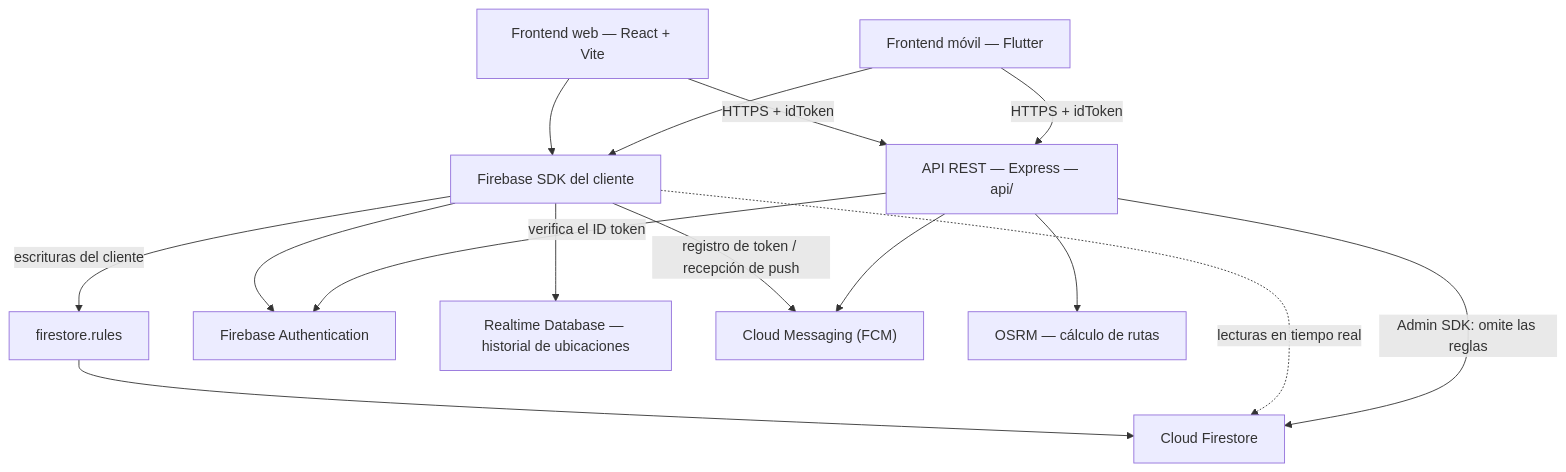
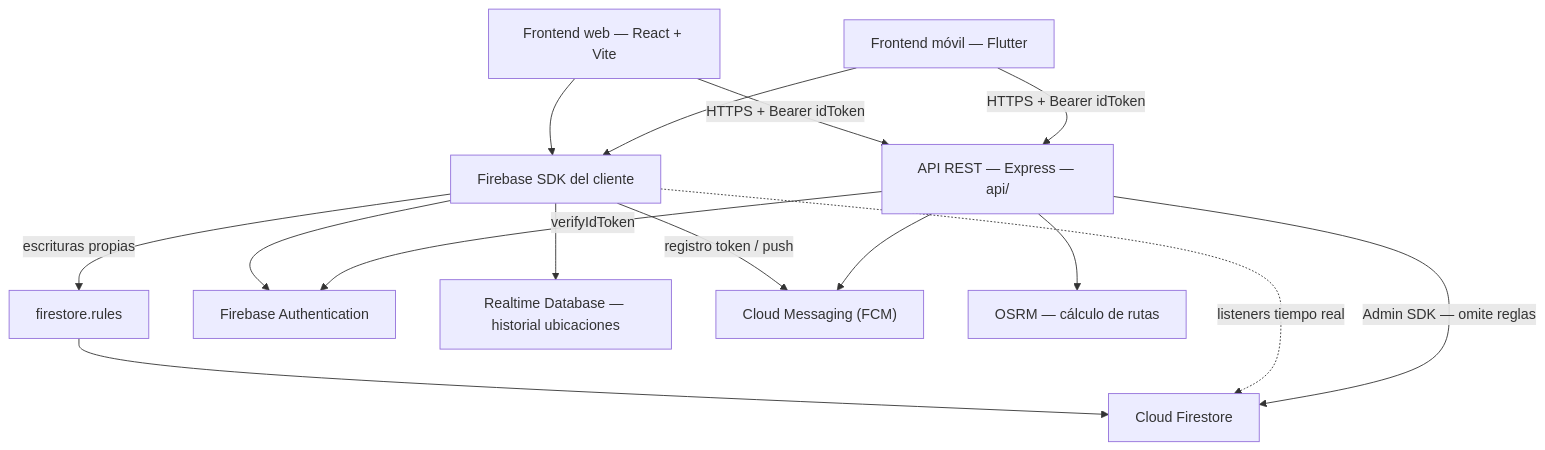
One commit to CarlosOrozco-1/paTodo changed the diagram in docs/diagramas/backend-dominios.md. Above: the diagram before and after it, drawn with Mermaid. The commit also changed other lines of this file and 7 other files, not shown here.

First line of the commit message:
docs(diagramas): reorganiza diagramas por módulos con Mermaid y casos de uso

````diff
--- a/docs/diagramas/backend-dominios.md
+++ b/docs/diagramas/backend-dominios.md
@@ -19,30 +25,30 @@
 ```mermaid
 flowchart TD
     WEB["Frontend web — React + Vite"]
     MOB["Frontend móvil — Flutter"]
     SDK["Firebase SDK del cliente"]
     API["API REST — Express — api/"]
     RULES["firestore.rules"]
     AUTH["Firebase Authentication"]
     FS["Cloud Firestore"]
-    RTDB["Realtime Database — historial de ubicaciones"]
+    RTDB["Realtime Database — historial ubicaciones"]
     FCM["Cloud Messaging (FCM)"]
     OSRM["OSRM — cálculo de rutas"]
 
     WEB --> SDK
     MOB --> SDK
-    WEB -->|"HTTPS + idToken"| API
-    MOB -->|"HTTPS + idToken"| API
+    WEB -->|"HTTPS + Bearer idToken"| API
+    MOB -->|"HTTPS + Bearer idToken"| API
 
     SDK --> AUTH
-    SDK -->|"escrituras del cliente"| RULES
+    SDK -->|"escrituras propias"| RULES
     RULES --> FS
-    SDK -.->|"lecturas en tiempo real"| FS
-    SDK -->|"registro de token / recepción de push"| FCM
+    SDK -.->|"listeners tiempo real"| FS
+    SDK -->|"registro token / push"| FCM
     SDK --> RTDB
 
-    API -->|"verifica el ID token"| AUTH
-    API -->|"Admin SDK: omite las reglas"| FS
+    API -->|"verifyIdToken"| AUTH
+    API -->|"Admin SDK — omite reglas"| FS
     API --> OSRM
     API --> FCM
 ```
````
